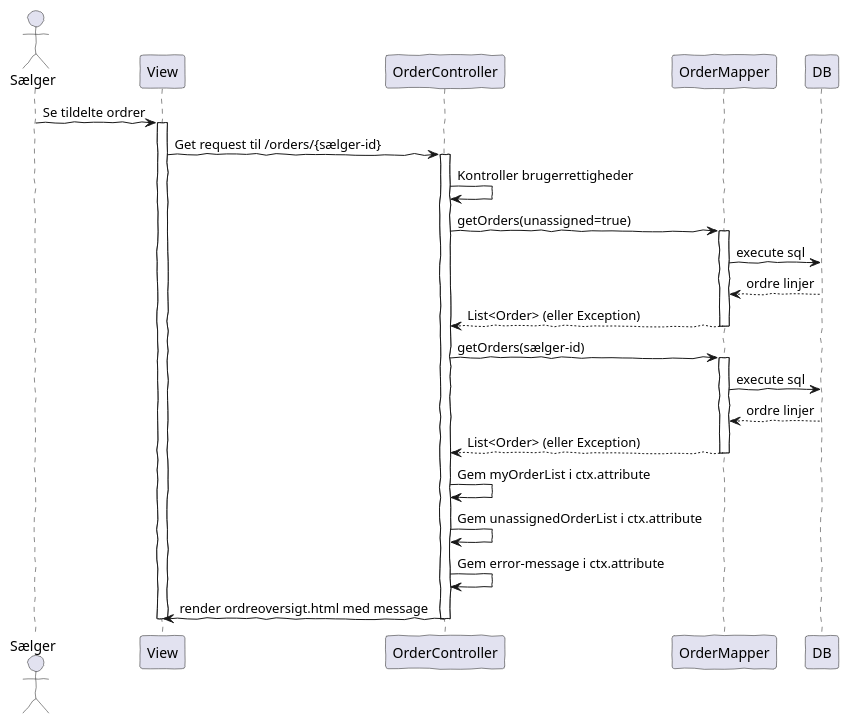
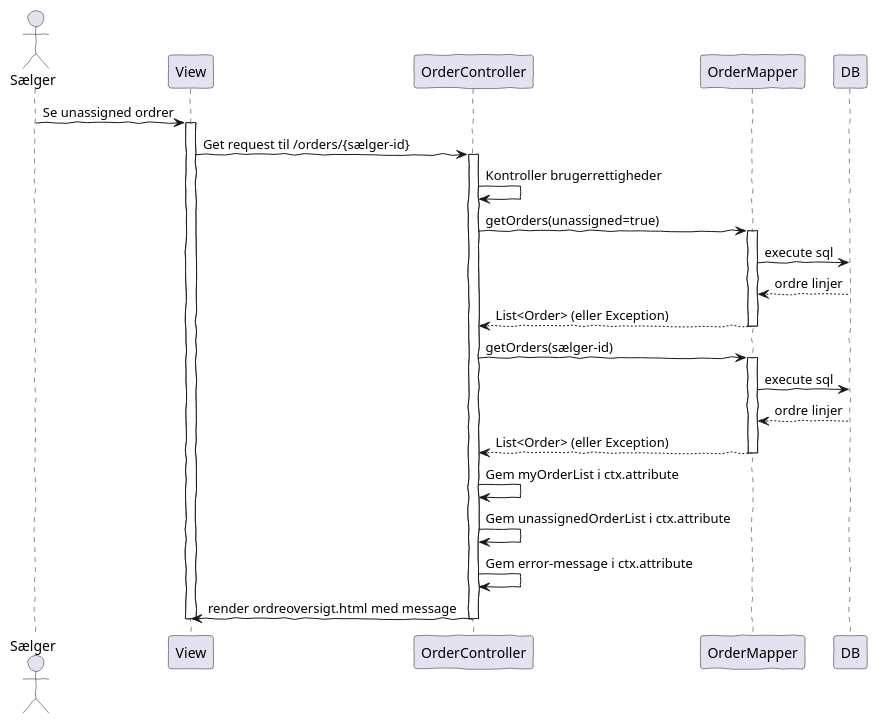
Before and after one commit to AndyTheDragon/Fog-projektet: the diagram in docs/us4-sequence.puml, drawn with PlantUML.

Commit message:
rettet fejl i sekvensdiagram, rettet tildelte til unassigned

```diff
--- a/docs/us4-sequence.puml
+++ b/docs/us4-sequence.puml
@@ -1,40 +1,40 @@
 @startuml
 'https://plantuml.com/sequence-diagram
 !pragma layout smetana
 skinparam handwritten true
 
 actor Sælger
 participant View as V
 participant "OrderController" as C
 participant "OrderMapper" as M
 participant DB
 
 
-Sælger -> V: Se tildelte ordrer
+Sælger -> V: Se unassigned ordrer
 activate V
 
 V -> C: Get request til /orders/{sælger-id}
 activate C
 C -> C: Kontroller brugerrettigheder
 C -> M: getOrders(unassigned=true)
 activate M
 M -> DB: execute sql
 DB --> M: ordre linjer
 M --> C: List<Order> (eller Exception)
 deactivate M
 
 C -> M: getOrders(sælger-id)
 activate M
 M -> DB: execute sql
 DB --> M: ordre linjer
 M --> C: List<Order> (eller Exception)
 deactivate M
 C -> C: Gem myOrderList i ctx.attribute
 C -> C: Gem unassignedOrderList i ctx.attribute
 C -> C: Gem error-message i ctx.attribute
 C -> V: render ordreoversigt.html med message
 deactivate C
 
 deactivate V
 
 @enduml
```
